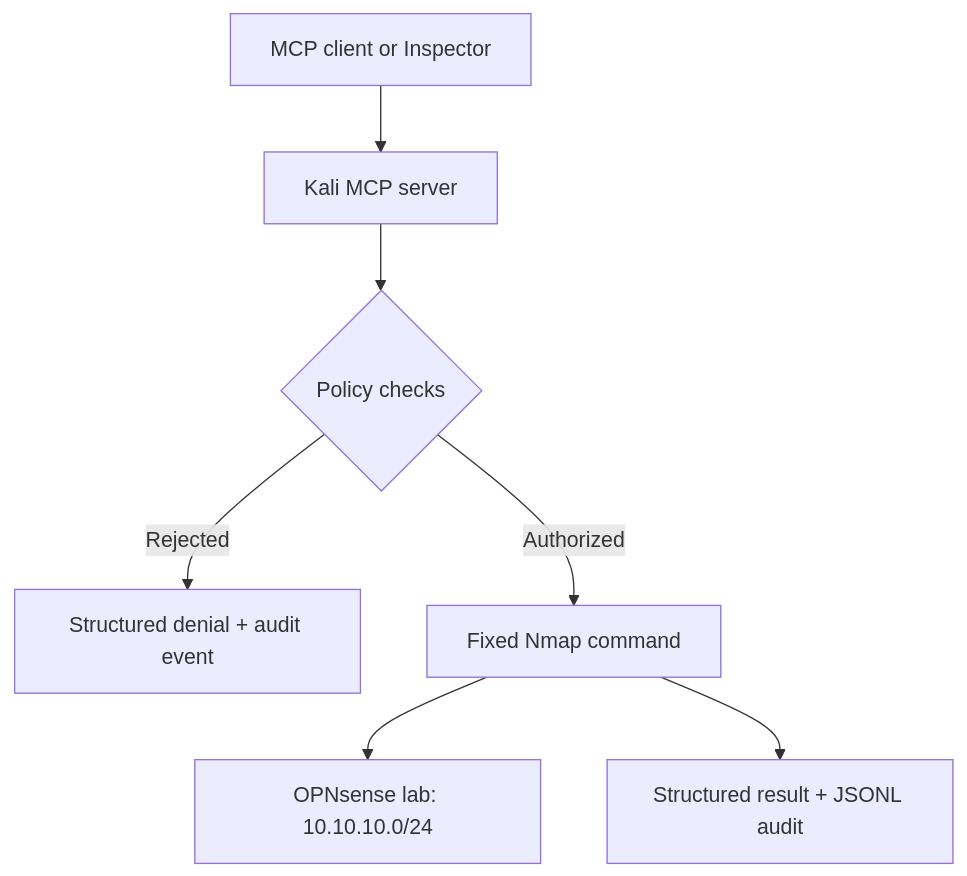
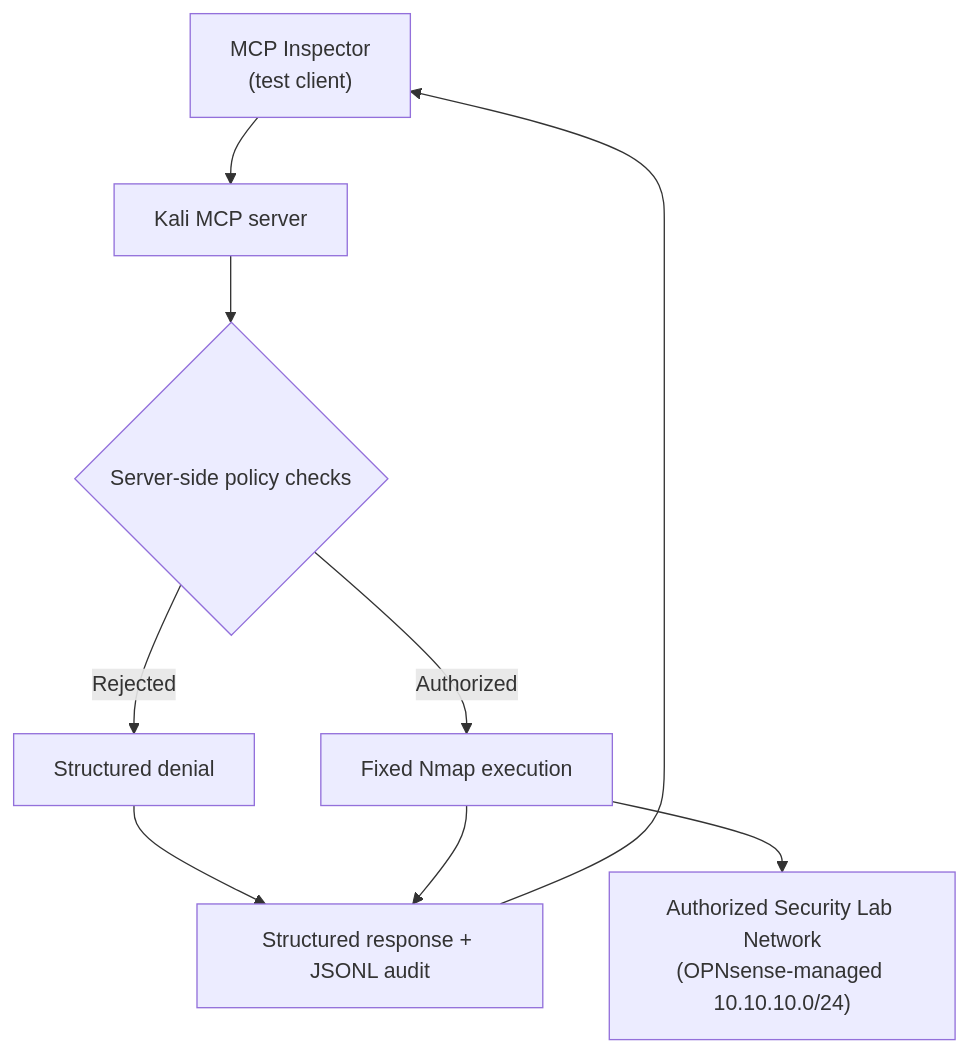
Before and after one commit to backyard-labs/kali-mcp-security-lab: the diagram in README.md, drawn with Mermaid. The commit also changed other lines of this file, not shown here.

Commit message:
Clarify MCP server functionality in README
Updated README to clarify MCP server's role and usage.

````diff
--- a/README.md
+++ b/README.md
@@ -47,9 +47,11 @@
 ```mermaid
 flowchart TD
-    A["MCP client or Inspector"] --> B["Kali MCP server"]
-    B --> C{"Policy checks"}
-    C -->|Rejected| D["Structured denial + audit event"]
-    C -->|Authorized| E["Fixed Nmap command"]
-    E --> F["OPNsense lab: 10.10.10.0/24"]
-    E --> G["Structured result + JSONL audit"]
+    A["MCP Inspector<br/>(test client)"] --> B["Kali MCP server"]
+    B --> C{"Server-side policy checks"}
+    C -->|Rejected| D["Structured denial"]
+    C -->|Authorized| E["Fixed Nmap execution"]
+    E --> F["Authorized Security Lab Network<br/>(OPNsense-managed 10.10.10.0/24)"]
+    D --> G["Structured response + JSONL audit"]
+    E --> G
+    G --> A
 ```
````
